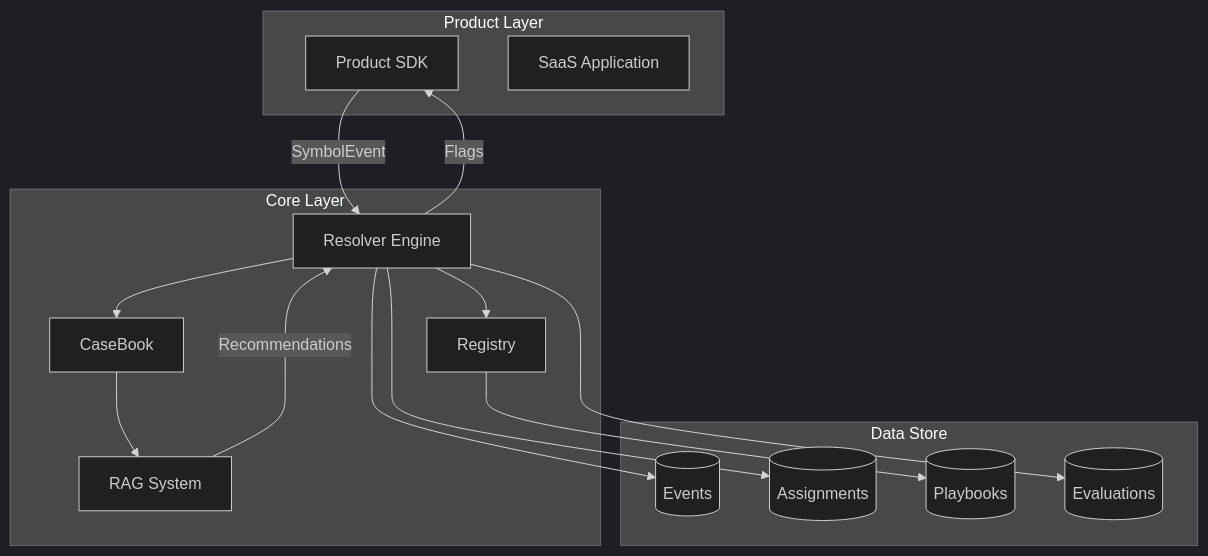
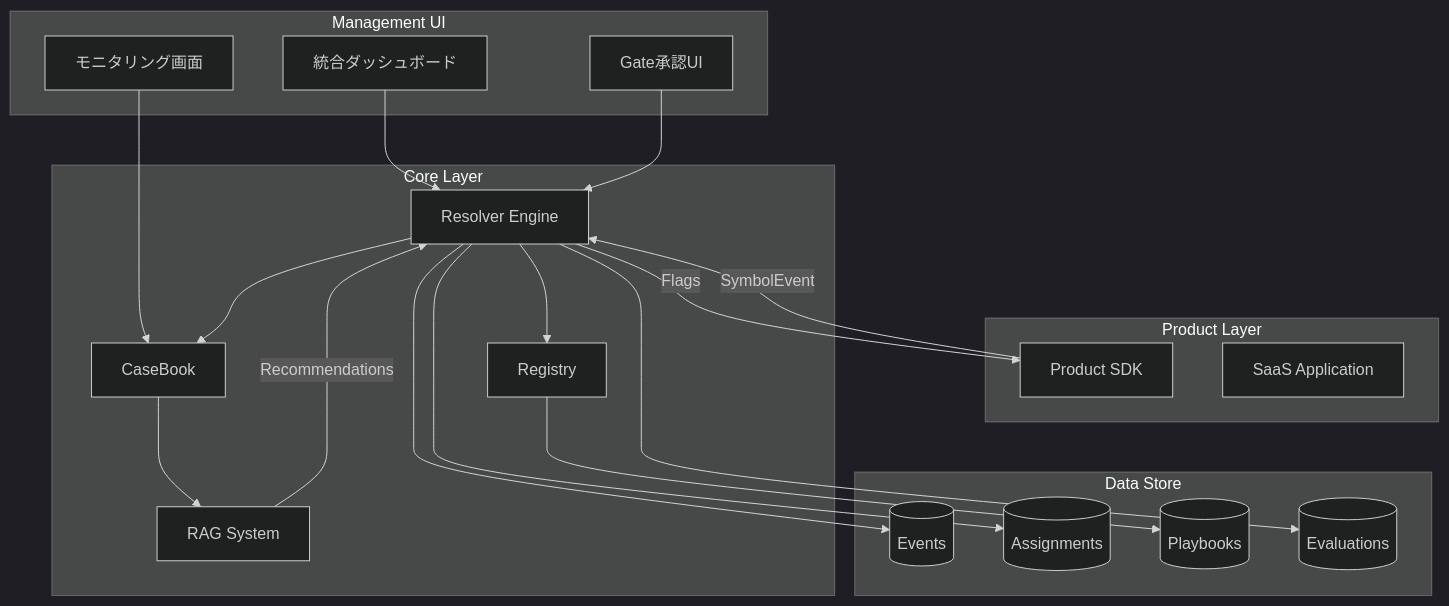
The diagram in docs/for-developers/core-system/data-driven-core.md (Unson-LLC/unson_os), drawn with Mermaid (dark theme) before and after one commit. The commit also changed other lines of this file and 3 other files, not shown here.

````diff
--- a/docs/for-developers/core-system/data-driven-core.md
+++ b/docs/for-developers/core-system/data-driven-core.md
@@ -50,33 +50,43 @@
 ```mermaid
 graph TB
+    subgraph Management UI
+        Dashboard[統合ダッシュボード]
+        GateUI[Gate承認UI]
+        Monitor[モニタリング画面]
+    end
+    
     subgraph Product Layer
         SDK[Product SDK]
         App[SaaS Application]
     end
     
     subgraph Core Layer
         Resolver[Resolver Engine]
         Registry[Registry]
         CaseBook[CaseBook]
         RAG[RAG System]
     end
     
     subgraph Data Store
         Events[(Events)]
         Assignments[(Assignments)]
         Playbooks[(Playbooks)]
         Evaluations[(Evaluations)]
     end
     
+    Dashboard --> Resolver
+    GateUI --> Resolver
+    Monitor --> CaseBook
+    
     SDK -->|SymbolEvent| Resolver
     Resolver -->|Flags| SDK
     Resolver --> Registry
     Resolver --> CaseBook
     CaseBook --> RAG
     RAG -->|Recommendations| Resolver
     
     Resolver --> Events
     Resolver --> Assignments
     Registry --> Playbooks
     Resolver --> Evaluations
 ```
````
